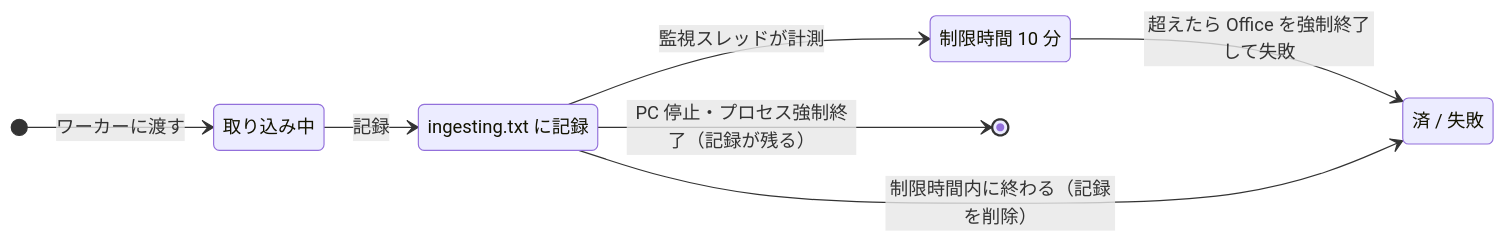
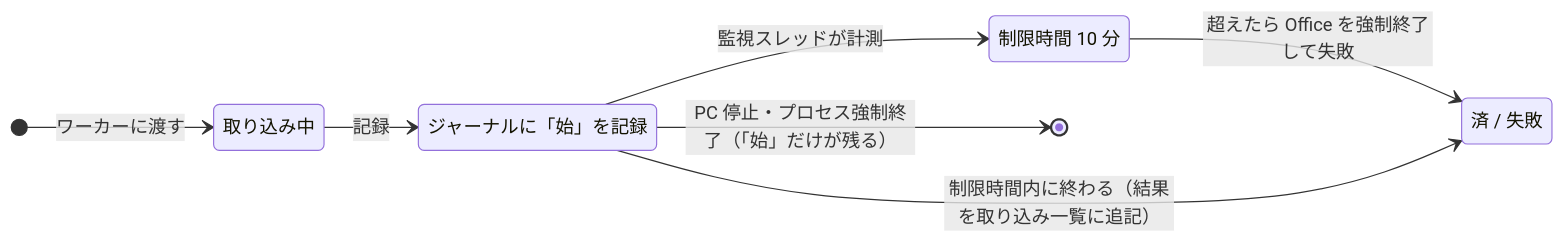
Before and after one commit to hsgwa/tebunko: the first of 2 diagrams in docs/design/indexing/ingest-list.md, drawn with Mermaid. The commit also changed other lines of this file and 35 other files, not shown here.

````diff
--- a/docs/design/indexing/ingest-list.md
+++ b/docs/design/indexing/ingest-list.md
@@ -54,15 +54,15 @@
 ```mermaid
 stateDiagram-v2
     direction LR
     state "取り込み中" as Ingesting
-    state "ingesting.txt に記録" as Recorded
+    state "ジャーナルに「始」を記録" as Recorded
     state "制限時間 10 分" as Timeout
     state "済 / 失敗" as Done
 
     [*] --> Ingesting : ワーカーに渡す
     Ingesting --> Recorded : 記録
     Recorded --> Timeout : 監視スレッドが計測
     Timeout --> Done : 超えたら Office を強制終了して失敗
-    Recorded --> Done : 制限時間内に終わる（記録を削除）
-    Recorded --> [*] : PC 停止・プロセス強制終了（記録が残る）
+    Recorded --> Done : 制限時間内に終わる（結果を取り込み一覧に追記）
+    Recorded --> [*] : PC 停止・プロセス強制終了（「始」だけが残る）
 ```
````
